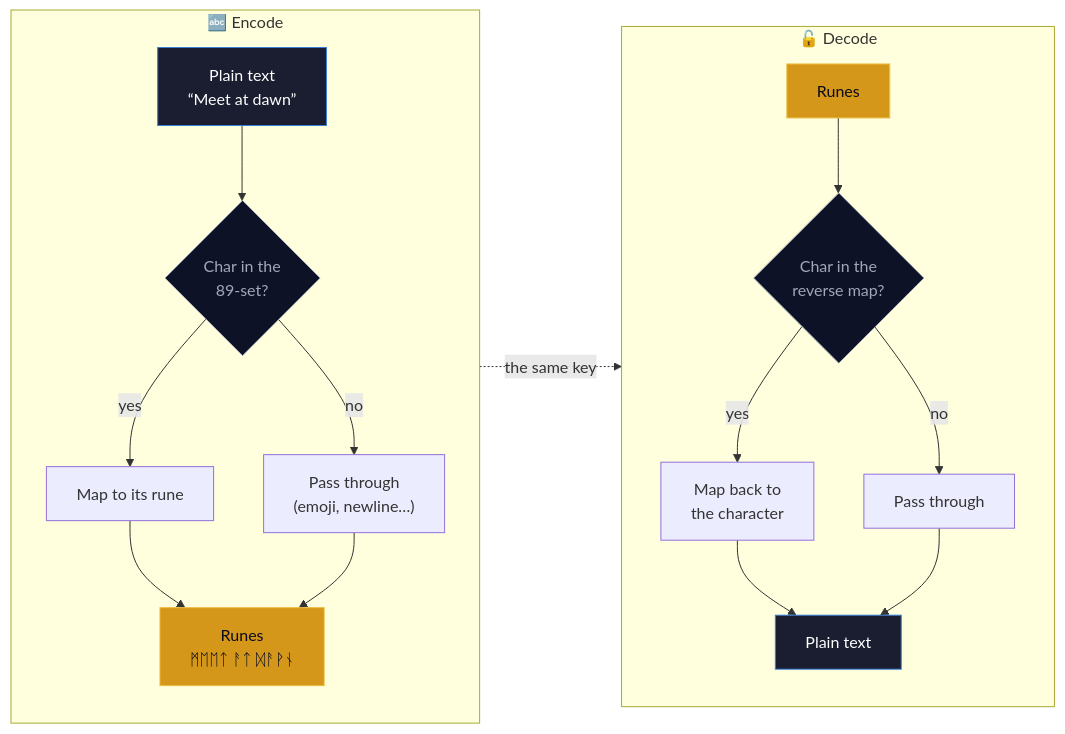
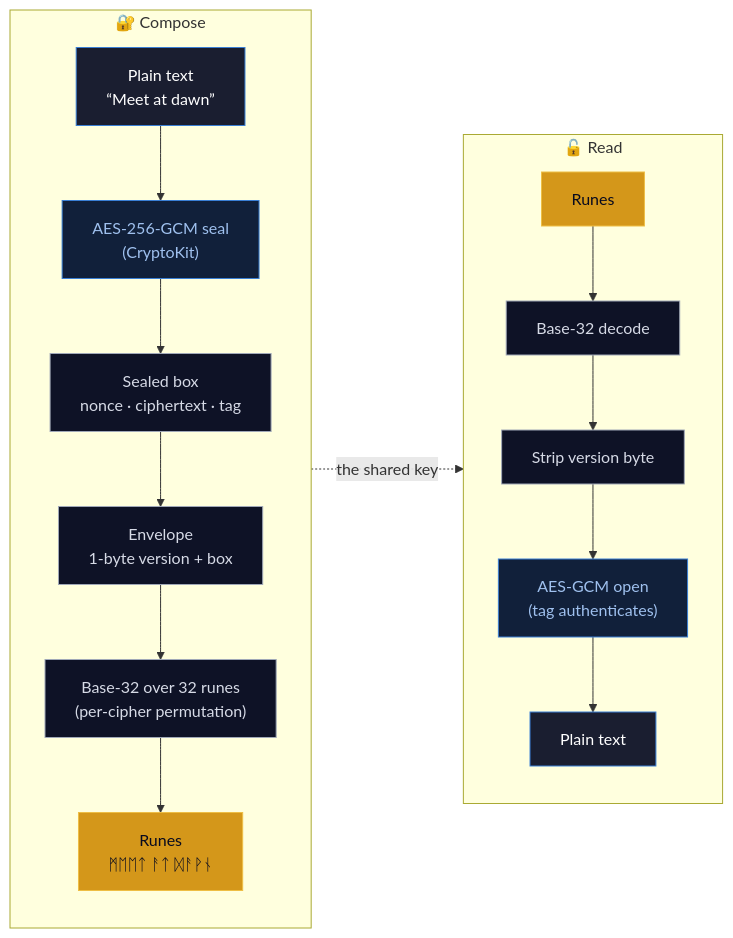
The first of 3 diagrams in README.md (flynn33/rune-scribe), drawn with Mermaid before and after one commit. The commit also changed other lines of this file, not shown here.

````diff
--- a/README.md
+++ b/README.md
@@ -61,27 +67,28 @@
 ```mermaid
 flowchart LR
-    subgraph Encode["🔤  Encode"]
+    subgraph Send["🔐  Compose"]
         direction TB
-        A["Plain text<br/>“Meet at dawn”"] --> B{Char in the<br/>89-set?}
-        B -->|yes| C["Map to its rune"]
-        B -->|no| D["Pass through<br/>(emoji, newline…)"]
-        C --> E["Runes<br/>ᛗᛖᛖᛏ ᚨᛏ ᛞᚨᚹᚾ"]
-        D --> E
+        A["Plain text<br/>“Meet at dawn”"] --> B["AES-256-GCM seal<br/>(CryptoKit)"]
+        B --> C["Sealed box<br/>nonce · ciphertext · tag"]
+        C --> D["Envelope<br/>1-byte version + box"]
+        D --> E["Base-32 over 32 runes<br/>(per-cipher permutation)"]
+        E --> F["Runes<br/>ᛗᛖᛖᛏ ᚨᛏ ᛞᚨᚹᚾ"]
     end
-    subgraph Decode["🔓  Decode"]
+    subgraph Recv["🔓  Read"]
         direction TB
-        F["Runes"] --> G{Char in the<br/>reverse map?}
-        G -->|yes| H["Map back to<br/>the character"]
-        G -->|no| I["Pass through"]
-        H --> J["Plain text"]
-        I --> J
+        G["Runes"] --> H["Base-32 decode"]
+        H --> I["Strip version byte"]
+        I --> J["AES-GCM open<br/>(tag authenticates)"]
+        J --> K["Plain text"]
     end
-    Encode -.the same key.-> Decode
+    Send -.the shared key.-> Recv
 
     classDef plain fill:#1A1E30,stroke:#3A7FD5,color:#FFFFFF
     classDef rune fill:#D4971A,stroke:#EEBE45,color:#080A1E
-    classDef gate fill:#0E1226,stroke:#A0A8B8,color:#A0A8B8
-    class A,J plain
-    class E,F rune
-    class B,G gate
+    classDef crypto fill:#11203A,stroke:#3A7FD5,color:#9FC0EE
+    classDef step fill:#0E1226,stroke:#A0A8B8,color:#D6DAE6
+    class A,K plain
+    class F,G rune
+    class B,J crypto
+    class C,D,E,H,I step
 ```
````
